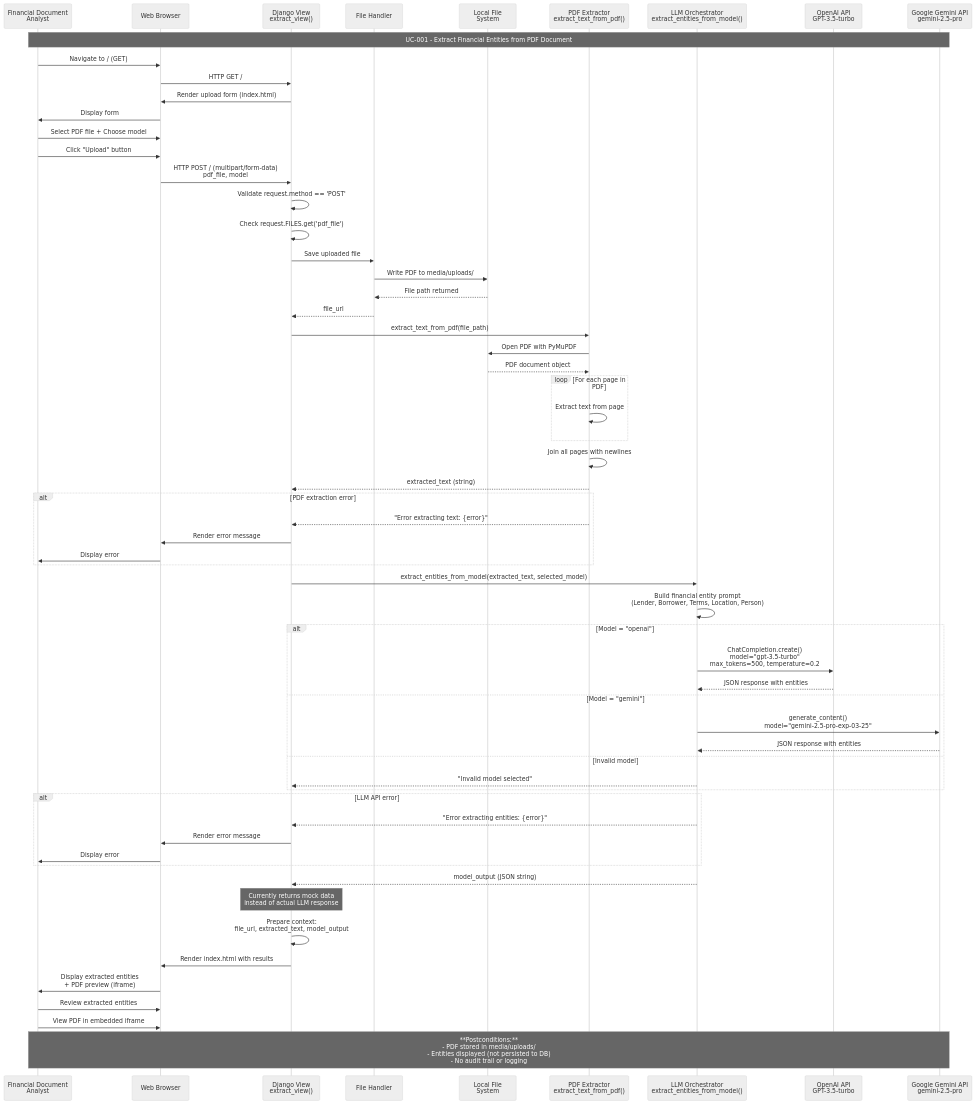
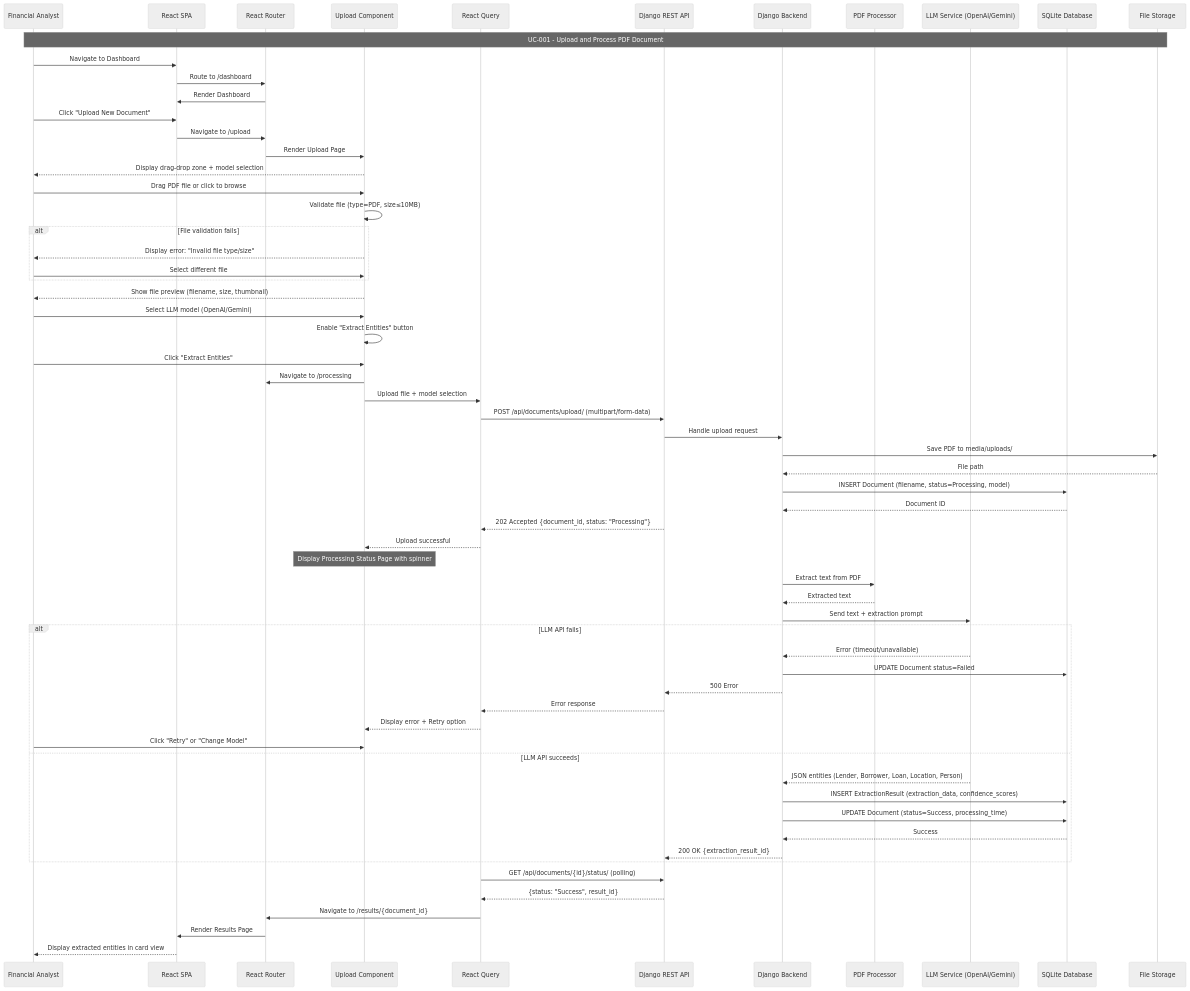
One commit to kanini/Loan-Origination-Poc changed the sixth of 9 diagrams in .propel/context/docs/models.md. Above: the diagram before and after it, drawn with Mermaid (neutral theme). The commit also changed other lines of this file and 14 other files, not shown here.

````diff
--- a/.propel/context/docs/models.md
+++ b/.propel/context/docs/models.md
@@ -449,82 +424,75 @@
 ```mermaid
 sequenceDiagram
-    participant Analyst as Financial Document<br/>Analyst
-    participant Browser as Web Browser
-    participant View as Django View<br/>extract_view()
-    participant FileSaver as File Handler
-    participant FileSystem as Local File<br/>System
-    participant PDFExtractor as PDF Extractor<br/>extract_text_from_pdf()
-    participant LLMOrch as LLM Orchestrator<br/>extract_entities_from_model()
-    participant OpenAI as OpenAI API<br/>GPT-3.5-turbo
-    participant Gemini as Google Gemini API<br/>gemini-2.5-pro
+    participant FA as Financial Analyst
+    participant UI as React SPA
+    participant Router as React Router
+    participant Upload as Upload Component
+    participant Query as React Query
+    participant API as Django REST API
+    participant Backend as Django Backend
+    participant PDF as PDF Processor
+    participant LLM as LLM Service (OpenAI/Gemini)
+    participant DB as SQLite Database
+    participant Storage as File Storage
 
-    Note over Analyst,Gemini: UC-001 - Extract Financial Entities from PDF Document
+    Note over FA,Storage: UC-001 - Upload and Process PDF Document
 
-    Analyst->>Browser: Navigate to / (GET)
-    Browser->>View: HTTP GET /
-    View->>Browser: Render upload form (index.html)
-    Browser->>Analyst: Display form
+    FA->>UI: Navigate to Dashboard
+    UI->>Router: Route to /dashboard
+    Router->>UI: Render Dashboard
+    FA->>UI: Click "Upload New Document"
+    UI->>Router: Navigate to /upload
+    Router->>Upload: Render Upload Page
+    Upload-->>FA: Display drag-drop zone + model selection
 
-    Analyst->>Browser: Select PDF file + Choose model
-    Analyst->>Browser: Click "Upload" button
-    Browser->>View: HTTP POST / (multipart/form-data)<br/>pdf_file, model
-
-    View->>View: Validate request.method == 'POST'
-    View->>View: Check request.FILES.get('pdf_file')
-
-    View->>FileSaver: Save uploaded file
-    FileSaver->>FileSystem: Write PDF to media/uploads/
-    FileSystem-->>FileSaver: File path returned
-    FileSaver-->>View: file_url
-
-    View->>PDFExtractor: extract_text_from_pdf(file_path)
-    PDFExtractor->>FileSystem: Open PDF with PyMuPDF
-    FileSystem-->>PDFExtractor: PDF document object
-
-    loop For each page in PDF
-        PDFExtractor->>PDFExtractor: Extract text from page
+    FA->>Upload: Drag PDF file or click to browse
+    Upload->>Upload: Validate file (type=PDF, size≤10MB)
+    
+    alt File validation fails
+        Upload-->>FA: Display error: "Invalid file type/size"
+        FA->>Upload: Select different file
     end
 
-    PDFExtractor->>PDFExtractor: Join all pages with newlines
-    PDFExtractor-->>View: extracted_text (string)
+    Upload-->>FA: Show file preview (filename, size, thumbnail)
+    FA->>Upload: Select LLM model (OpenAI/Gemini)
+    Upload->>Upload: Enable "Extract Entities" button
+    FA->>Upload: Click "Extract Entities"
+    
+    Upload->>Router: Navigate to /processing
+    Upload->>Query: Upload file + model selection
+    Query->>API: POST /api/documents/upload/ (multipart/form-data)
+    API->>Backend: Handle upload request
+    Backend->>Storage: Save PDF to media/uploads/
+    Storage-->>Backend: File path
+    Backend->>DB: INSERT Document (filename, status=Processing, model)
+    DB-->>Backend: Document ID
+    API-->>Query: 202 Accepted {document_id, status: "Processing"}
+    Query-->>Upload: Upload successful
+    
+    Note over Upload: Display Processing Status Page with spinner
 
-    alt PDF extraction error
-        PDFExtractor-->>View: "Error extracting text: {error}"
-        View->>Browser: Render error message
-        Browser->>Analyst: Display error
+    Backend->>PDF: Extract text from PDF
+    PDF-->>Backend: Extracted text
+    Backend->>LLM: Send text + extraction prompt
+    
+    alt LLM API fails
+        LLM-->>Backend: Error (timeout/unavailable)
+        Backend->>DB: UPDATE Document status=Failed
+        Backend-->>API: 500 Error
+        API-->>Query: Error response
+        Query-->>Upload: Display error + Retry option
+        FA->>Upload: Click "Retry" or "Change Model"
+    else LLM API succeeds
+        LLM-->>Backend: JSON entities (Lender, Borrower, Loan, Location, Person)
+        Backend->>DB: INSERT ExtractionResult (extraction_data, confidence_scores)
+        Backend->>DB: UPDATE Document (status=Success, processing_time)
+        DB-->>Backend: Success
+        Backend-->>API: 200 OK {extraction_result_id}
     end
 
-    View->>LLMOrch: extract_entities_from_model(extracted_text, selected_model)
-    
-    LLMOrch->>LLMOrch: Build financial entity prompt<br/>(Lender, Borrower, Terms, Location, Person)
-
-    alt Model = "openai"
-        LLMOrch->>OpenAI: ChatCompletion.create()<br/>model="gpt-3.5-turbo"<br/>max_tokens=500, temperature=0.2
-        OpenAI-->>LLMOrch: JSON response with entities
-    else Model = "gemini"
-        LLMOrch->>Gemini: generate_content()<br/>model="gemini-2.5-pro-exp-03-25"
-        Gemini-->>LLMOrch: JSON response with entities
-    else Invalid model
-        LLMOrch-->>View: "Invalid model selected"
-    end
-
-    alt LLM API error
-        LLMOrch-->>View: "Error extracting entities: {error}"
-        View->>Browser: Render error message
-        Browser->>Analyst: Display error
-    end
-
-    LLMOrch-->>View: model_output (JSON string)
-
-    Note over View: Currently returns mock data<br/>instead of actual LLM response
-
-    View->>View: Prepare context:<br/>file_url, extracted_text, model_output
-
-    View->>Browser: Render index.html with results
-    Browser->>Analyst: Display extracted entities<br/>+ PDF preview (iframe)
-
-    Analyst->>Browser: Review extracted entities
-    Analyst->>Browser: View PDF in embedded iframe
-
-    Note over Analyst,Gemini: **Postconditions:**<br/>- PDF stored in media/uploads/<br/>- Entities displayed (not persisted to DB)<br/>- No audit trail or logging
+    Query->>API: GET /api/documents/{id}/status/ (polling)
+    API-->>Query: {status: "Success", result_id}
+    Query->>Router: Navigate to /results/{document_id}
+    Router->>UI: Render Results Page
+    UI-->>FA: Display extracted entities in card view
 ```
````
